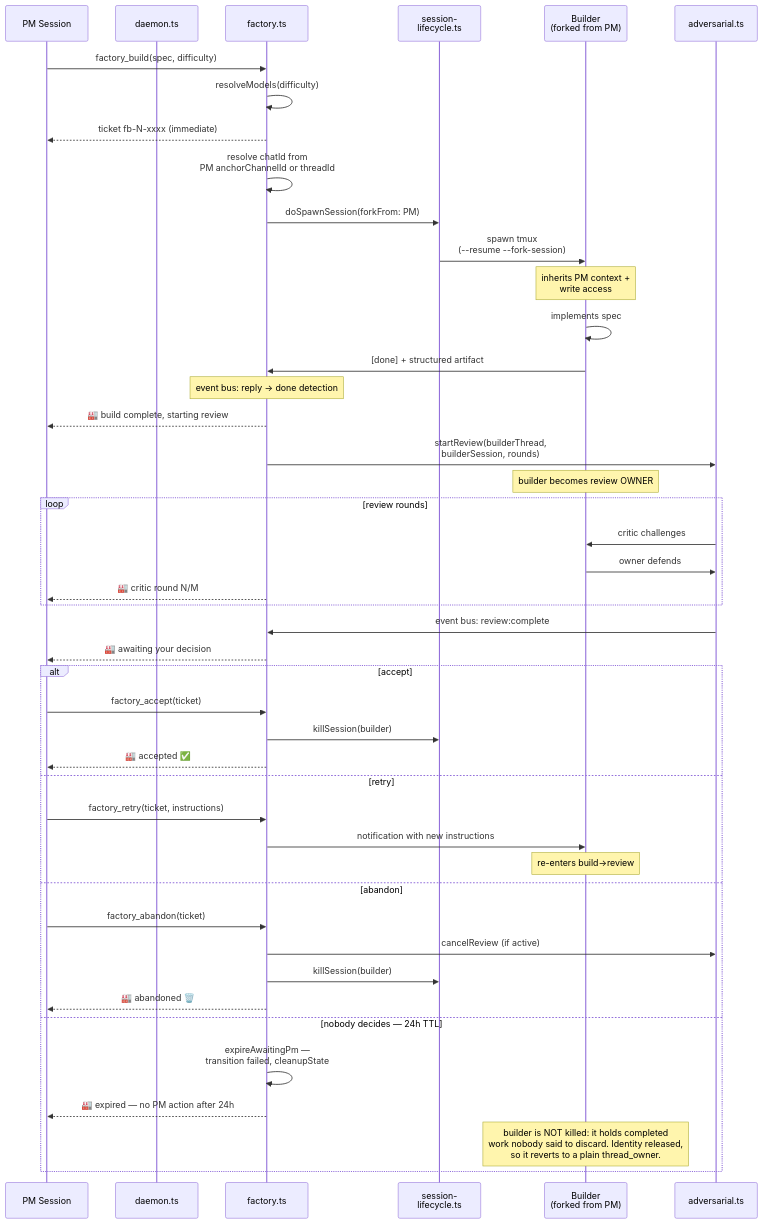
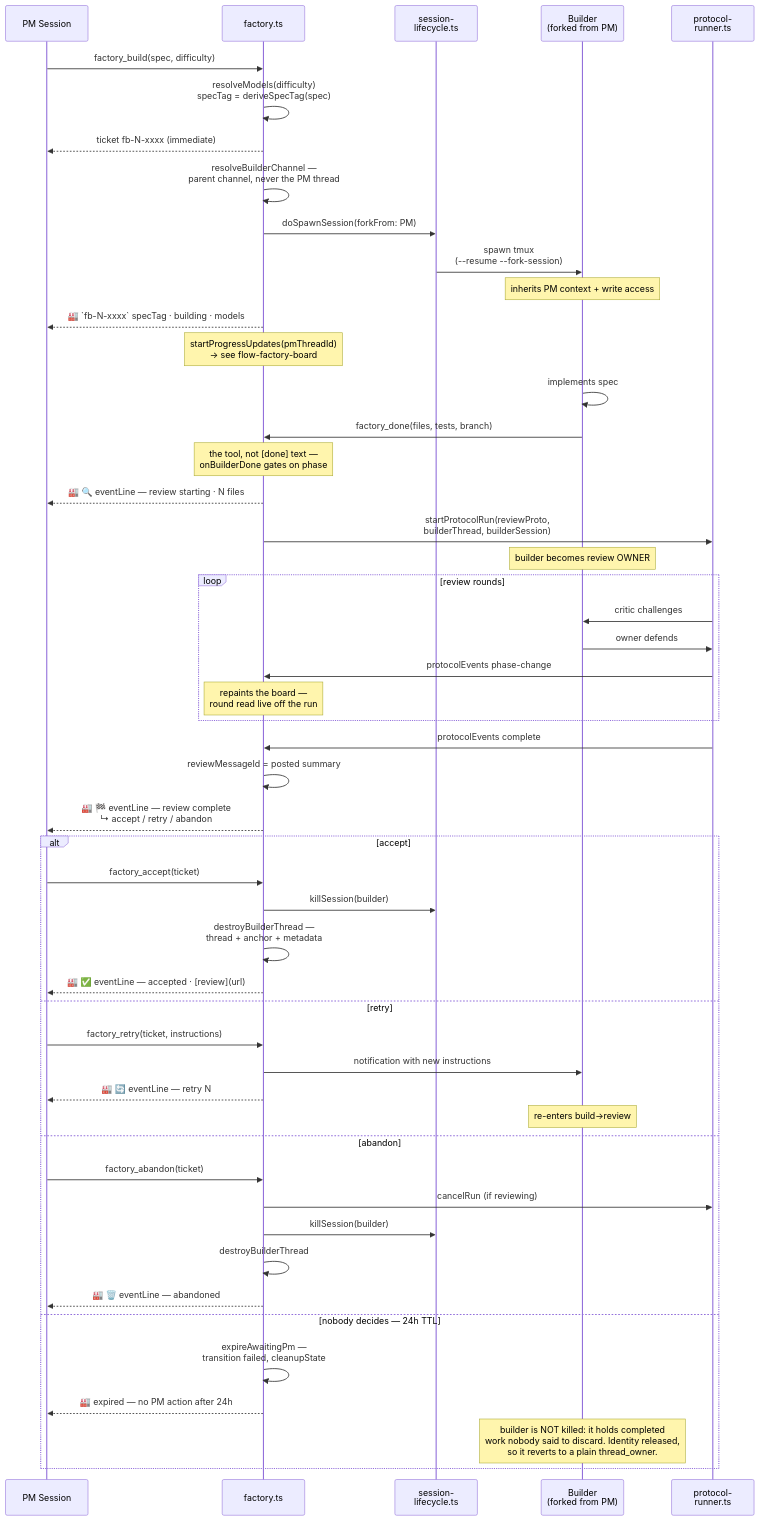
Before and after one commit to sf8193/hydra: the diagram in diagrams/flow-factory.mmd, drawn with Mermaid. The commit also changed 15 other files, not shown here.

```diff
--- a/diagrams/flow-factory.mmd
+++ b/diagrams/flow-factory.mmd
@@ -1,56 +1,64 @@
 %% Factory — async build→review cycle with PM notification loop
 %% PM stays in their thread. Builder works in a new thread.
 %% Daemon enforces the lifecycle.
+%% Companion diagrams: flow-factory-board (the PM's status board),
+%% flow-factory-resilience (PM rotation).
 
 sequenceDiagram
     participant PM as PM Session
-    participant daemon as daemon.ts
     participant factory as factory.ts
     participant lifecycle as session-<br/>lifecycle.ts
     participant builder as Builder<br/>(forked from PM)
-    participant review as adversarial.ts
+    participant runner as protocol-<br/>runner.ts
 
     PM->>factory: factory_build(spec, difficulty)
-    factory->>factory: resolveModels(difficulty)
+    factory->>factory: resolveModels(difficulty)<br/>specTag = deriveSpecTag(spec)
     factory-->>PM: ticket fb-N-xxxx (immediate)
 
-    factory->>factory: resolve chatId from<br/>PM anchorChannelId or threadId
+    factory->>factory: resolveBuilderChannel —<br/>parent channel, never the PM thread
     factory->>lifecycle: doSpawnSession(forkFrom: PM)
     lifecycle->>builder: spawn tmux<br/>(--resume --fork-session)
-    Note over builder: inherits PM context +<br/>write access
+    Note over builder: inherits PM context + write access
+    factory-->>PM: 🏭 `fb-N-xxxx` specTag · building · models
+    Note over factory: startProgressUpdates(pmThreadId)<br/>→ see flow-factory-board
 
     builder->>builder: implements spec
-    builder->>factory: [done] + structured artifact
-    Note over factory: event bus: reply → done detection
+    builder->>factory: factory_done(files, tests, branch)
+    Note over factory: the tool, not [done] text —<br/>onBuilderDone gates on phase
+    factory-->>PM: 🏭 🔍 eventLine — review starting · N files
 
-    factory-->>PM: 🏭 build complete, starting review
-    factory->>review: startReview(builderThread,<br/>builderSession, rounds)
+    factory->>runner: startProtocolRun(reviewProto,<br/>builderThread, builderSession)
     Note over builder: builder becomes review OWNER
 
     loop review rounds
-        review->>builder: critic challenges
-        builder->>review: owner defends
-        factory-->>PM: 🏭 critic round N/M
+        runner->>builder: critic challenges
+        builder->>runner: owner defends
+        runner->>factory: protocolEvents phase-change
+        Note over factory: repaints the board —<br/>round read live off the run
     end
 
-    review->>factory: event bus: review:complete
-    factory-->>PM: 🏭 awaiting your decision
+    runner->>factory: protocolEvents complete
+    factory->>factory: reviewMessageId = posted summary
+    factory-->>PM: 🏭 🏁 eventLine — review complete<br/>↳ accept / retry / abandon
 
     alt accept
         PM->>factory: factory_accept(ticket)
         factory->>lifecycle: killSession(builder)
-        factory-->>PM: 🏭 accepted ✅
+        factory->>factory: destroyBuilderThread —<br/>thread + anchor + metadata
+        factory-->>PM: 🏭 ✅ eventLine — accepted · [review](url)
     else retry
         PM->>factory: factory_retry(ticket, instructions)
         factory->>builder: notification with new instructions
+        factory-->>PM: 🏭 🔄 eventLine — retry N
         Note over builder: re-enters build→review
     else abandon
         PM->>factory: factory_abandon(ticket)
-        factory->>review: cancelReview (if active)
+        factory->>runner: cancelRun (if reviewing)
         factory->>lifecycle: killSession(builder)
-        factory-->>PM: 🏭 abandoned 🗑️
+        factory->>factory: destroyBuilderThread
+        factory-->>PM: 🏭 🗑️ eventLine — abandoned
     else nobody decides — 24h TTL
         factory->>factory: expireAwaitingPm —<br/>transition failed, cleanupState
         factory-->>PM: 🏭 expired — no PM action after 24h
         Note over builder: builder is NOT killed: it holds completed<br/>work nobody said to discard. Identity released,<br/>so it reverts to a plain thread_owner.
     end
```
